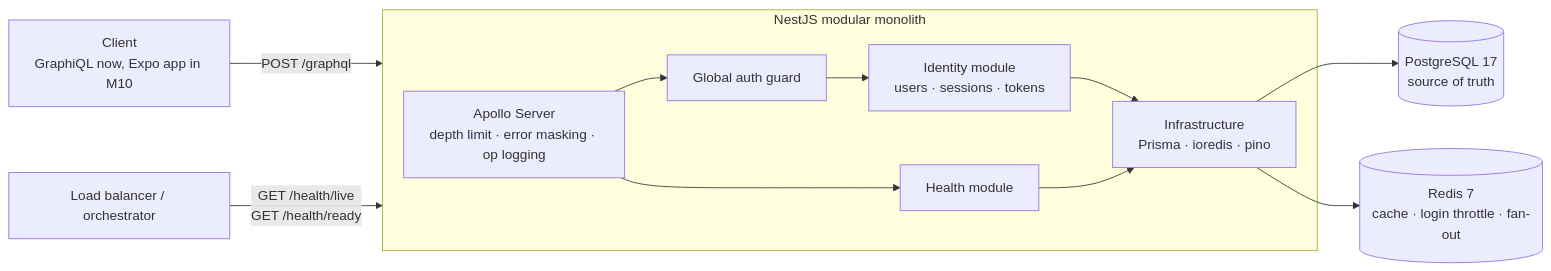
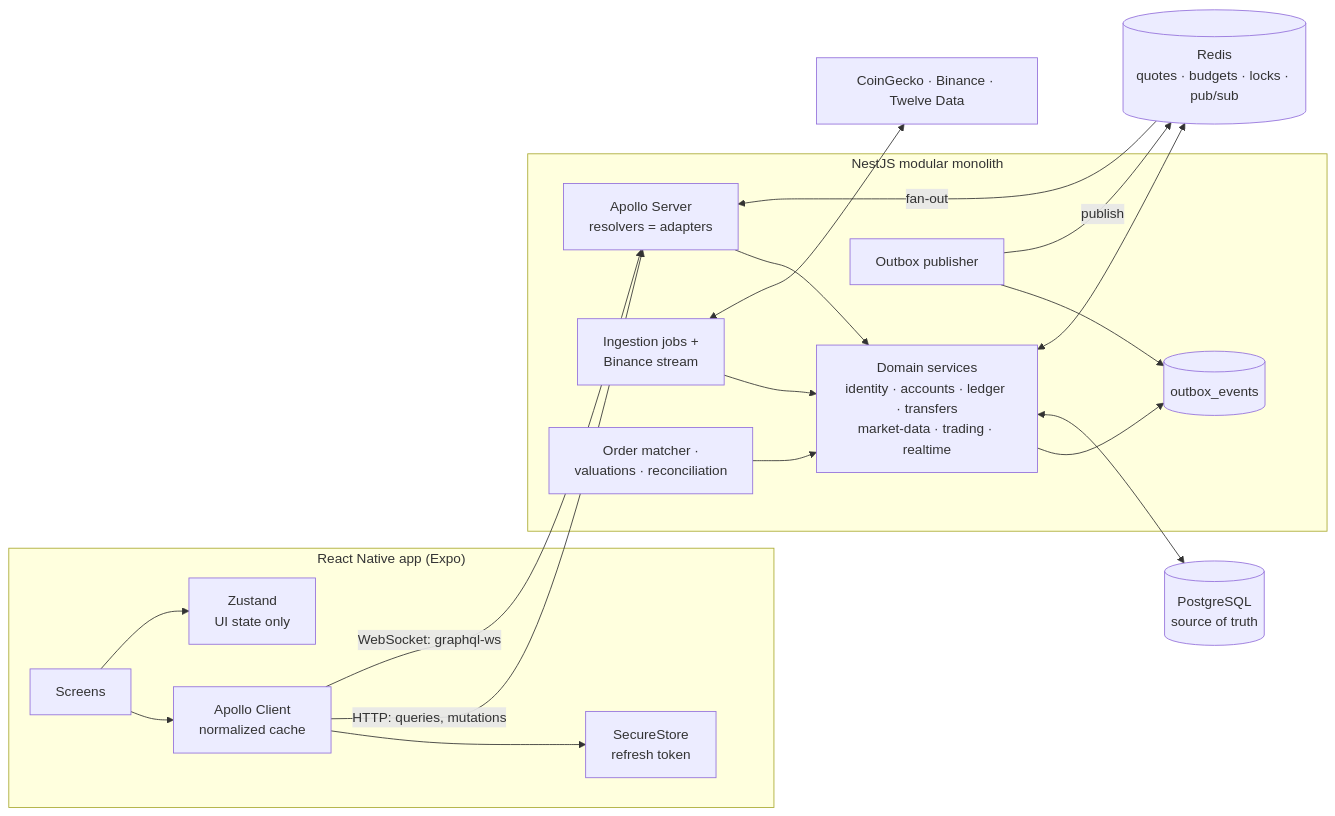
One commit to JoaoVitorSPereira/fintech-reliability-lab changed the first of 10 diagrams in README.md. Above: the diagram before and after it, drawn with Mermaid. The commit also changed other lines of this file and 6 other files, not shown here.

Commit message:
Milestone 12: README, diagrams, screenshots and mobile ADR

````diff
--- a/README.md
+++ b/README.md
@@ -22,20 +47,25 @@
 ```mermaid
 flowchart LR
-  client[Client<br/>GraphiQL now, Expo app in M10] -->|POST /graphql| api
-  probe[Load balancer / orchestrator] -->|GET /health/live<br/>GET /health/ready| api
-
-  subgraph api[NestJS modular monolith]
-    gql[Apollo Server<br/>depth limit · error masking · op logging]
-    guard[Global auth guard]
-    identity[Identity module<br/>users · sessions · tokens]
-    health[Health module]
-    infra[Infrastructure<br/>Prisma · ioredis · pino]
-    gql --> guard --> identity
-    gql --> health
-    identity --> infra
-    health --> infra
+  subgraph App["React Native app (Expo)"]
+    UI[Screens] --> AC[Apollo Client<br/>normalized cache]
+    UI --> Z[Zustand<br/>UI state only]
+    AC --> SS[SecureStore<br/>refresh token]
   end
 
-  infra --> pg[(PostgreSQL 17<br/>source of truth)]
-  infra --> redis[(Redis 7<br/>cache · login throttle · fan-out)]
+  AC -- "HTTP: queries, mutations" --> GQL
+  AC -- "WebSocket: graphql-ws" --> GQL
+
+  subgraph API["NestJS modular monolith"]
+    GQL[Apollo Server<br/>resolvers = adapters] --> MOD[Domain services<br/>identity · accounts · ledger · transfers<br/>market-data · trading · realtime]
+    MOD --> OB[(outbox_events)]
+    W1[Outbox publisher] --> OB
+    W2[Ingestion jobs +<br/>Binance stream] --> MOD
+    W3[Order matcher ·<br/>valuations · reconciliation] --> MOD
+  end
+
+  MOD <--> PG[(PostgreSQL<br/>source of truth)]
+  MOD <--> RD[(Redis<br/>quotes · budgets · locks · pub/sub)]
+  W1 -- publish --> RD
+  RD -- fan-out --> GQL
+  W2 <--> EXT[CoinGecko · Binance · Twelve Data]
 ```
````
